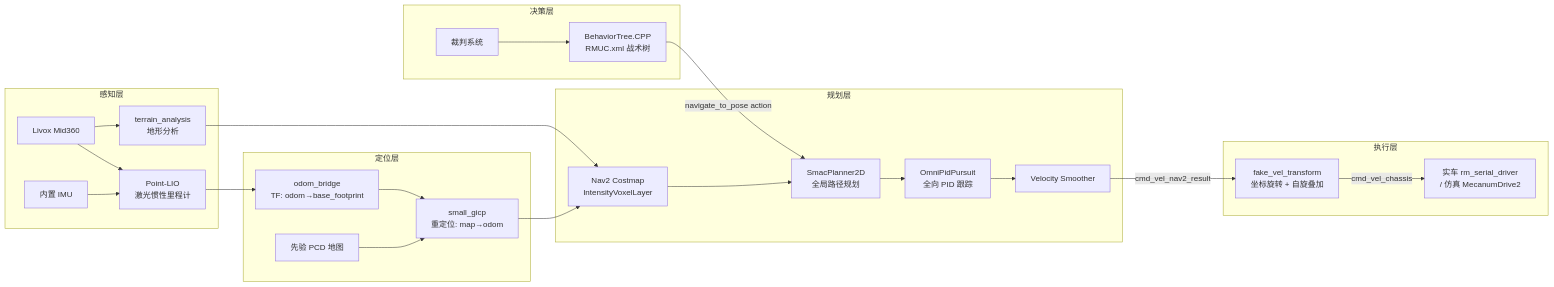
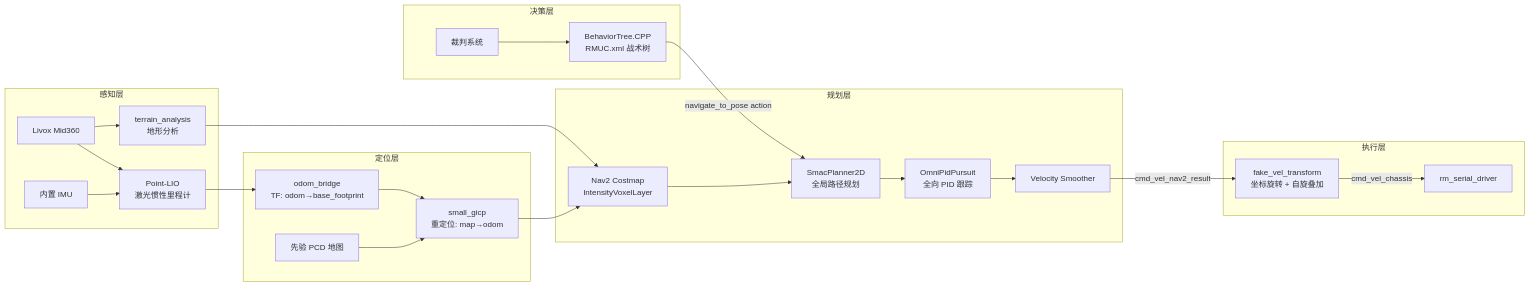
Before and after one commit to Boombroke/omni_navigation: the diagram in README.md, drawn with Mermaid. The commit also changed other lines of this file and 10 other files, not shown here.

````diff
--- a/README.md
+++ b/README.md
@@ -16,32 +15,32 @@
 ```mermaid
 graph LR
     subgraph 感知层
         LiDAR[Livox Mid360] --> PL[Point-LIO<br/>激光惯性里程计]
         IMU[内置 IMU] --> PL
         LiDAR --> TA[terrain_analysis<br/>地形分析]
     end
 
     subgraph 定位层
         PL --> OB[odom_bridge<br/>TF: odom→base_footprint]
         PCD[先验 PCD 地图] --> GICP[small_gicp<br/>重定位: map→odom]
         OB --> GICP
     end
 
     subgraph 规划层
         GICP --> CM[Nav2 Costmap<br/>IntensityVoxelLayer]
         TA --> CM
         CM --> GP[SmacPlanner2D<br/>全局路径规划]
         GP --> LP[OmniPidPursuit<br/>全向 PID 跟踪]
         LP --> VS[Velocity Smoother]
     end
 
     subgraph 决策层
         REF[裁判系统] --> BT[BehaviorTree.CPP<br/>RMUC.xml 战术树]
         BT -->|navigate_to_pose action| GP
     end
 
     subgraph 执行层
         VS -->|cmd_vel_nav2_result| FVT[fake_vel_transform<br/>坐标旋转 + 自旋叠加]
-        FVT -->|cmd_vel_chassis| SER[实车 rm_serial_driver<br/>/ 仿真 MecanumDrive2]
+        FVT -->|cmd_vel_chassis| SER[rm_serial_driver]
     end
 ```
````
